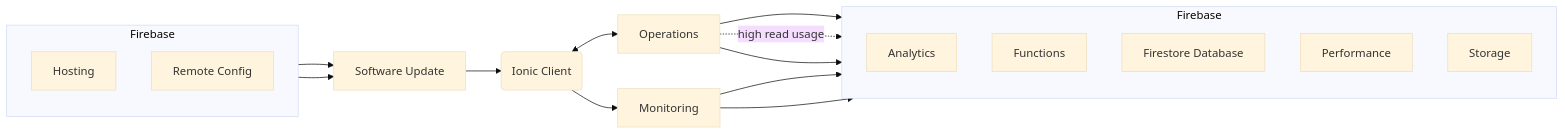
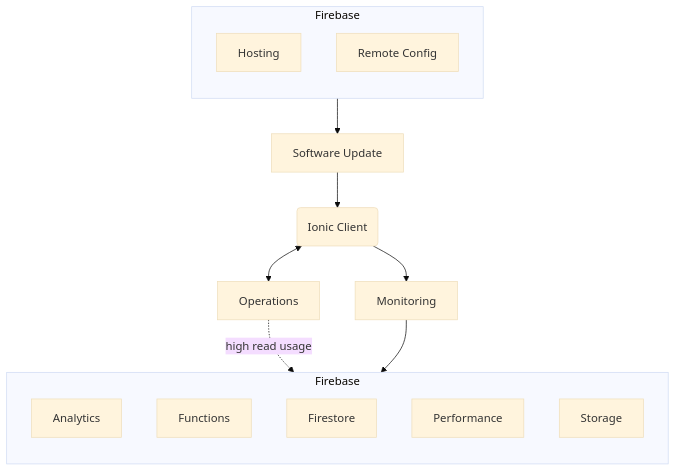
Before and after one commit to SiegeSailor/Website: the diagram in docker-context/files/articles/2025-11-13.md, drawn with Mermaid (base theme). The commit also changed 3 other files, not shown here.

Commit message:
chore: update Mermaid chart

````diff
--- a/docker-context/files/articles/2025-11-13.md
+++ b/docker-context/files/articles/2025-11-13.md
@@ -22,30 +22,30 @@
 ```mermaid
-graph LR
+graph TB
   subgraph F1[Firebase]
     direction TB
     H[Hosting]
     RC[Remote Config]
   end
 
   subgraph F2[Firebase]
     direction TB
     A[Analytics]
     F[Functions]
-    FD[Firestore Database]
+    FD[Firestore]
     P[Performance]
     S[Storage]
   end
 
   SU[Software Update] --> IC(Ionic Client)
-  RC --> SU
+  %% RC --> SU
   H --> SU
 
   IC <--> O[Operations]
-  O --> F
+  %% O --> F
   O -.-> |high read usage| FD
-  O --> S
+  %% O --> S
 
   IC --> M[Monitoring]
-  M --> A
+  %% M --> A
   M --> P
 ```
````
